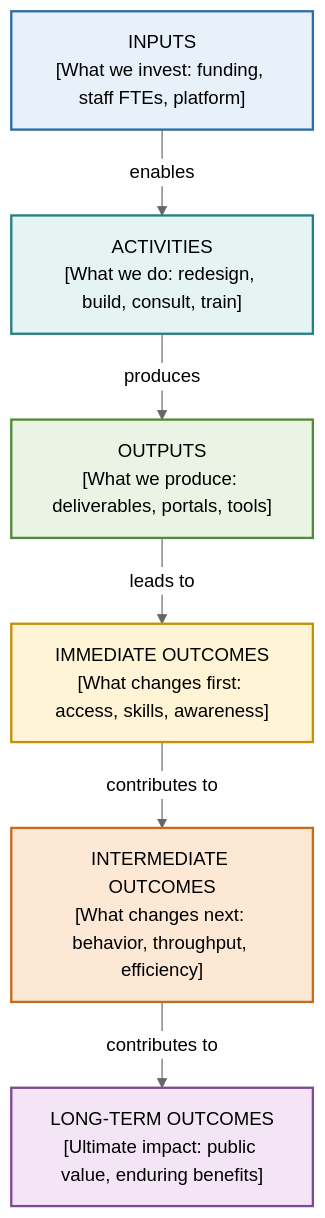
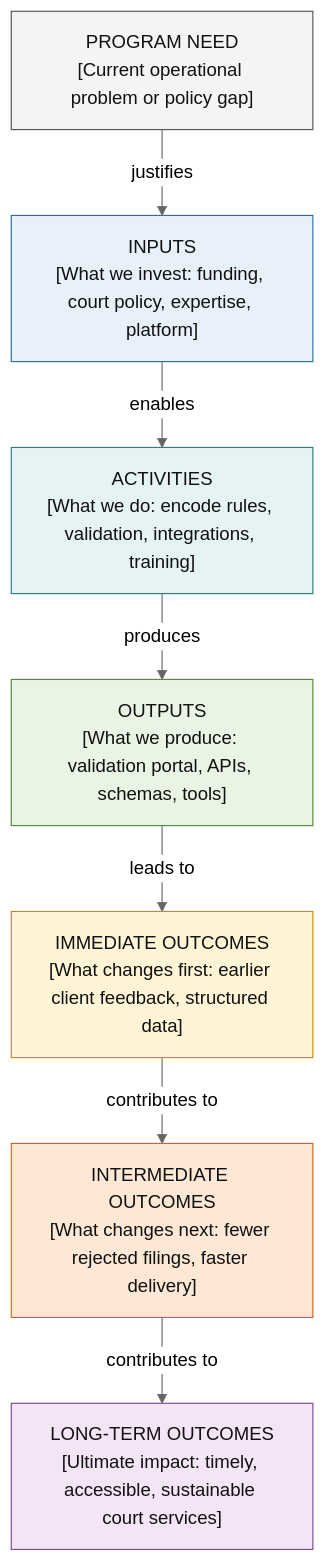
The diagram in plugins/strategic-planning/.apm/skills/designing-logic-models/assets/templates/logic-model-template.md (bcgov/strategic-planning-workbench), drawn with Mermaid (neutral theme) before and after one commit. The commit also changed other lines of this file and 4 other files, not shown here.

Commit message:
feat(skills): add Python Mermaid generator and Program Need-driven court evidence reference example

````diff
--- a/plugins/strategic-planning/.apm/skills/designing-logic-models/assets/templates/logic-model-template.md
+++ b/plugins/strategic-planning/.apm/skills/designing-logic-models/assets/templates/logic-model-template.md
@@ -21,22 +21,34 @@
 ```mermaid
-flowchart TD
-    IN1["INPUTS<br/>[What we invest: funding, staff FTEs, platform]"]
-    AC1["ACTIVITIES<br/>[What we do: redesign, build, consult, train]"]
-    OP1["OUTPUTS<br/>[What we produce: deliverables, portals, tools]"]
-    IM1["IMMEDIATE OUTCOMES<br/>[What changes first: access, skills, awareness]"]
-    IT1["INTERMEDIATE OUTCOMES<br/>[What changes next: behavior, throughput, efficiency]"]
-    LT1["LONG-TERM OUTCOMES<br/>[Ultimate impact: public value, enduring benefits]"]
+flowchart TB
 
-    IN1 -->|"enables"| AC1
-    AC1 -->|"produces"| OP1
-    OP1 -->|"leads to"| IM1
-    IM1 -->|"contributes to"| IT1
-    IT1 -->|"contributes to"| LT1
+N["PROGRAM NEED<br/>[Current operational problem or policy gap]"]
+I["INPUTS<br/>[What we invest: funding, court policy, expertise, platform]"]
+A["ACTIVITIES<br/>[What we do: encode rules, validation, integrations, training]"]
+O["OUTPUTS<br/>[What we produce: validation portal, APIs, schemas, tools]"]
+IO["IMMEDIATE OUTCOMES<br/>[What changes first: earlier client feedback, structured data]"]
+MO["INTERMEDIATE OUTCOMES<br/>[What changes next: fewer rejected filings, faster delivery]"]
+LO["LONG-TERM OUTCOMES<br/>[Ultimate impact: timely, accessible, sustainable court services]"]
 
-    style IN1 fill:#E8F1FA,stroke:#2B6EA6,stroke-width:2px
-    style AC1 fill:#E5F3F3,stroke:#258080,stroke-width:2px
-    style OP1 fill:#E9F4E4,stroke:#518A3A,stroke-width:2px
-    style IM1 fill:#FFF4D6,stroke:#C49102,stroke-width:2px
-    style IT1 fill:#FCE8D5,stroke:#C76B19,stroke-width:2px
-    style LT1 fill:#F3E5F5,stroke:#7B4B94,stroke-width:2px
+N -->|"justifies"| I
+I -->|"enables"| A
+A -->|"produces"| O
+O -->|"leads to"| IO
+IO -->|"contributes to"| MO
+MO -->|"contributes to"| LO
+
+classDef need fill:#F4F4F4,stroke:#555,color:#111
+classDef input fill:#E8F1FA,stroke:#2B6EA6,color:#111
+classDef activity fill:#E5F3F3,stroke:#258080,color:#111
+classDef output fill:#E9F4E4,stroke:#518A3A,color:#111
+classDef immediate fill:#FFF4D6,stroke:#C49102,color:#111
+classDef intermediate fill:#FCE8D5,stroke:#C76B19,color:#111
+classDef longterm fill:#F3E5F5,stroke:#7B4B94,color:#111
+
+class N need
+class I input
+class A activity
+class O output
+class IO immediate
+class MO intermediate
+class LO longterm
 ```
````
